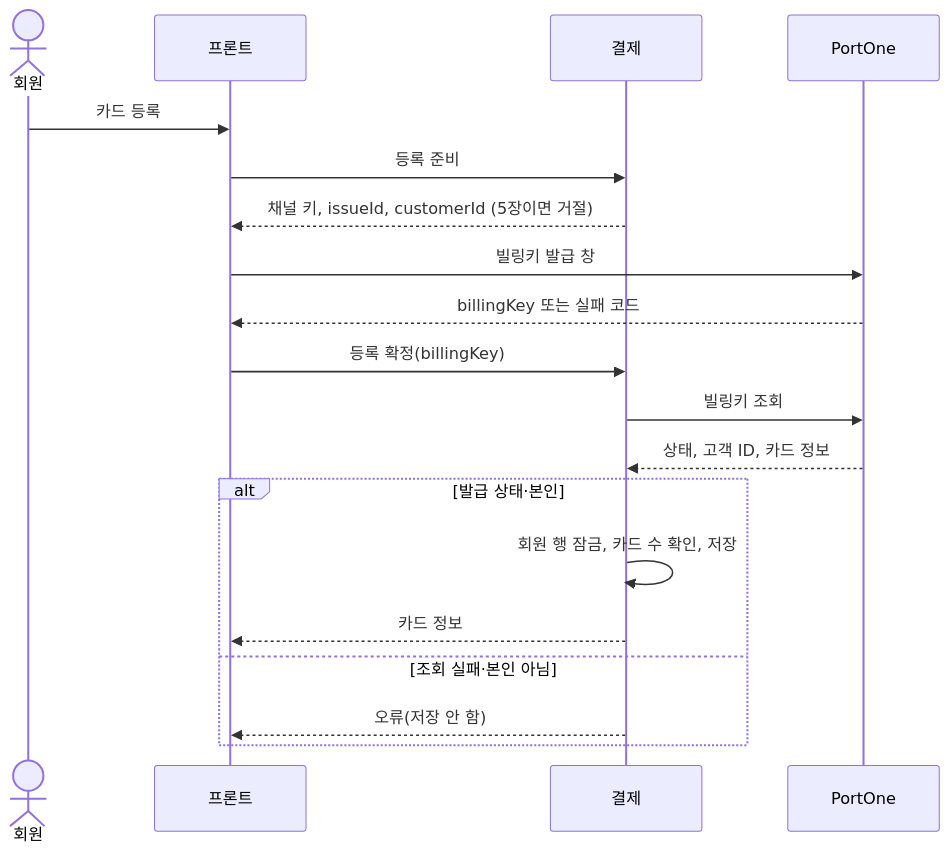
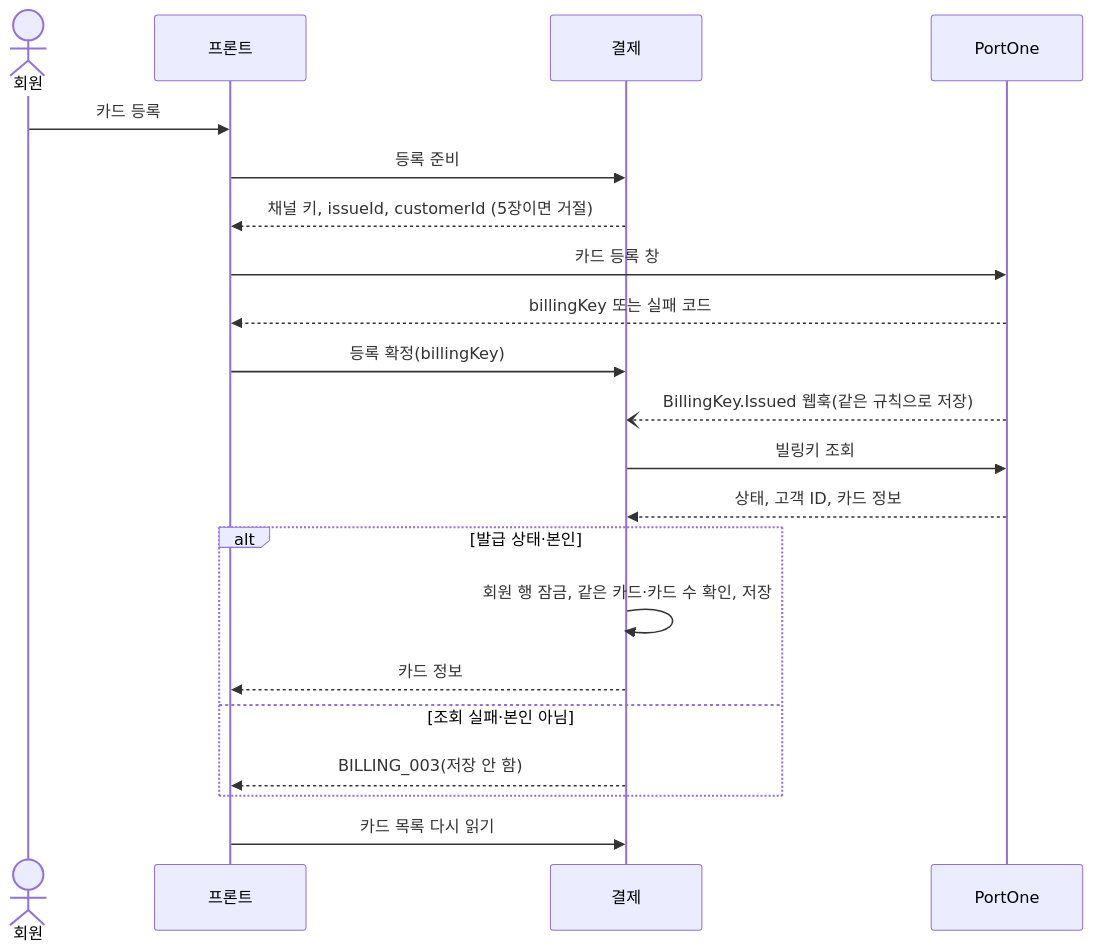
Before and after one commit to sparta-final-4/take-care-of-my-fridge: the second of 2 diagrams in docs/architecture/domains/payment-card.md, drawn with Mermaid. The commit also changed other lines of this file and 8 other files, not shown here.

````diff
--- a/docs/architecture/domains/payment-card.md
+++ b/docs/architecture/domains/payment-card.md
@@ -107,21 +148,23 @@
 ```mermaid
 sequenceDiagram
     actor 회원
     participant 프론트
     participant 결제
     participant PG as PortOne
     회원->>프론트: 카드 등록
     프론트->>결제: 등록 준비
     결제-->>프론트: 채널 키, issueId, customerId (5장이면 거절)
-    프론트->>PG: 빌링키 발급 창
+    프론트->>PG: 카드 등록 창
     PG-->>프론트: billingKey 또는 실패 코드
     프론트->>결제: 등록 확정(billingKey)
+    PG--)결제: BillingKey.Issued 웹훅(같은 규칙으로 저장)
     결제->>PG: 빌링키 조회
     PG-->>결제: 상태, 고객 ID, 카드 정보
     alt 발급 상태·본인
-        결제->>결제: 회원 행 잠금, 카드 수 확인, 저장
+        결제->>결제: 회원 행 잠금, 같은 카드·카드 수 확인, 저장
         결제-->>프론트: 카드 정보
     else 조회 실패·본인 아님
-        결제-->>프론트: 오류(저장 안 함)
+        결제-->>프론트: BILLING_003(저장 안 함)
     end
+    프론트->>결제: 카드 목록 다시 읽기
 ```
````
